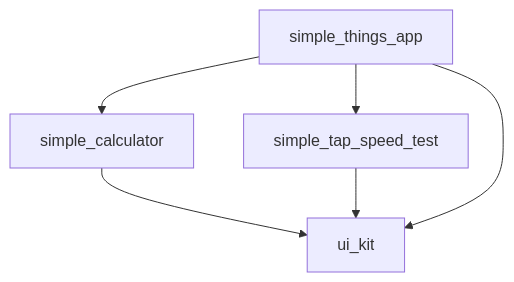
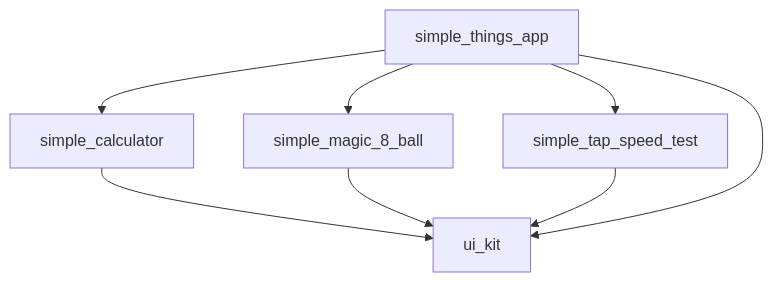
Before and after one commit to andrew-pikmi/flutter_monorepo_example: the second of 2 diagrams in README.md, drawn with Mermaid. The commit also changed other lines of this file, not shown here.

````diff
--- a/README.md
+++ b/README.md
@@ -217,13 +228,16 @@
 ```mermaid
 graph TD
   ui_kit["ui_kit"]
   simple_calculator["simple_calculator"]
+  simple_magic_8_ball["simple_magic_8_ball"]
   simple_tap_speed_test["simple_tap_speed_test"]
   simple_things_app["simple_things_app"]
 
   simple_calculator --> ui_kit
+  simple_magic_8_ball --> ui_kit
   simple_tap_speed_test --> ui_kit
   simple_things_app --> simple_calculator
+  simple_things_app --> simple_magic_8_ball
   simple_things_app --> simple_tap_speed_test
   simple_things_app --> ui_kit
 ```
````
